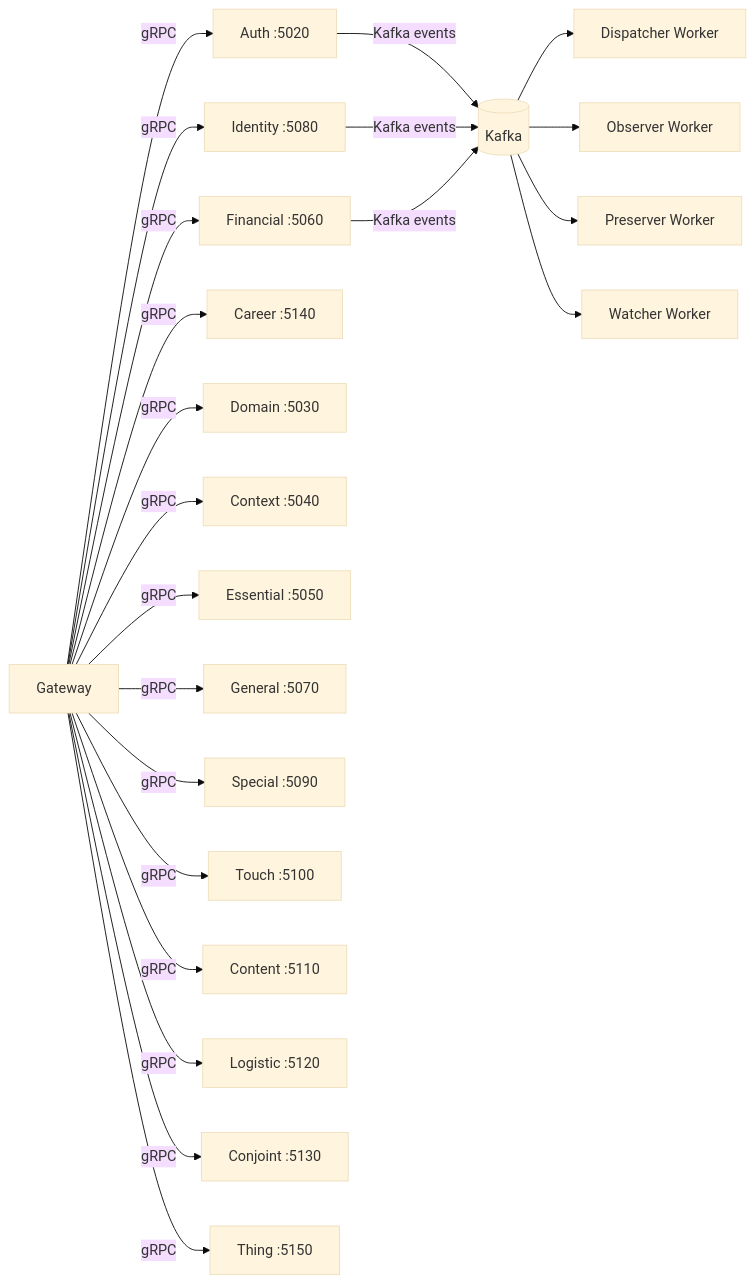
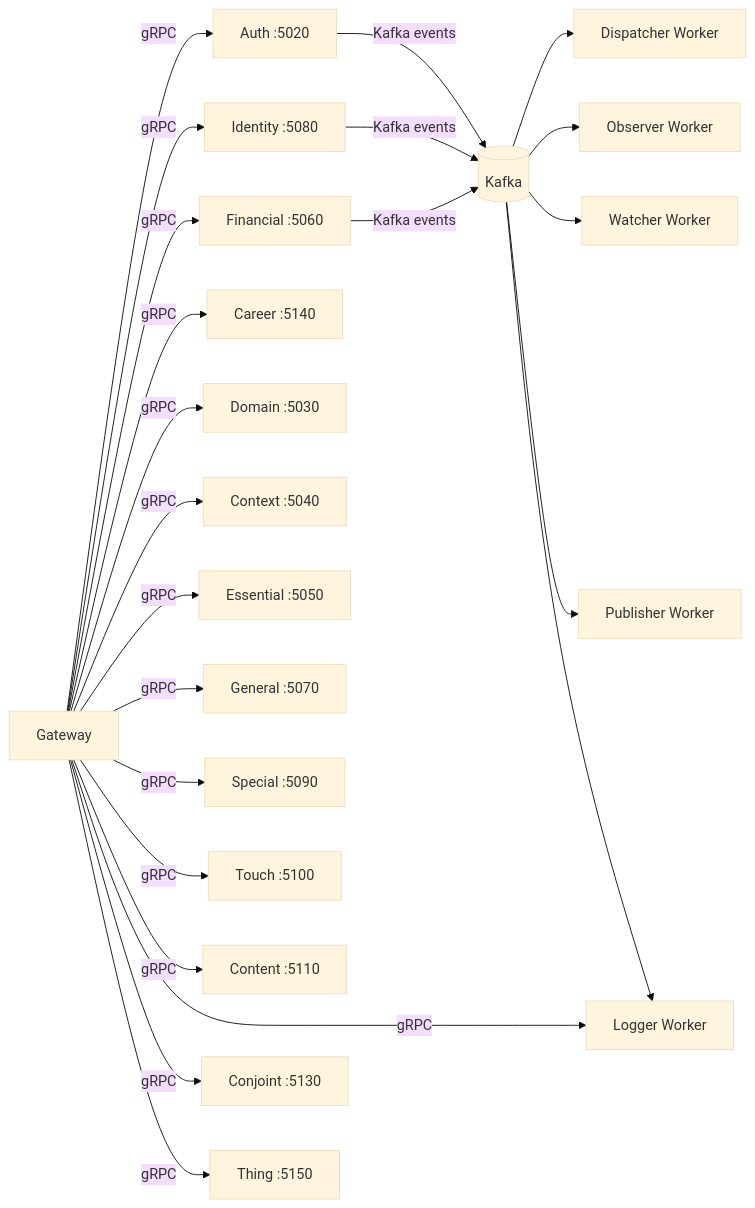
Before and after one commit to wenex-org/platform-docs: the second of 2 diagrams in getting-started/overview/ecosystem/platform.md, drawn with Mermaid (base theme). The commit also changed 29 other files, not shown here.

````diff
--- a/getting-started/overview/ecosystem/platform.md
+++ b/getting-started/overview/ecosystem/platform.md
@@ -75,26 +75,28 @@
 ```mermaid
 graph LR
     GW["Gateway"] -->|gRPC| AUTH["Auth :5020"]
     GW -->|gRPC| ID["Identity :5080"]
     GW -->|gRPC| FIN["Financial :5060"]
     GW -->|gRPC| CAR["Career :5140"]
     GW -->|gRPC| DOM["Domain :5030"]
     GW -->|gRPC| CTX["Context :5040"]
     GW -->|gRPC| ESS["Essential :5050"]
     GW -->|gRPC| GEN["General :5070"]
     GW -->|gRPC| SPE["Special :5090"]
     GW -->|gRPC| TCH["Touch :5100"]
     GW -->|gRPC| CNT["Content :5110"]
     GW -->|gRPC| LOG["Logistic :5120"]
     GW -->|gRPC| CON["Conjoint :5130"]
     GW -->|gRPC| THG["Thing :5150"]
 
     AUTH -->|Kafka events| KF[(Kafka)]
     ID -->|Kafka events| KF
     FIN -->|Kafka events| KF
 
     KF --> DISP["Dispatcher Worker"]
     KF --> OBS["Observer Worker"]
-    KF --> PRES["Preserver Worker"]
     KF --> WATCH["Watcher Worker"]
+    KF --> PUB["Publisher Worker"]
+    KF --> LOG["Logger Worker"]
+    %% Preserver is gRPC-only (EMQX exhook), not a Kafka consumer
 ```
````
